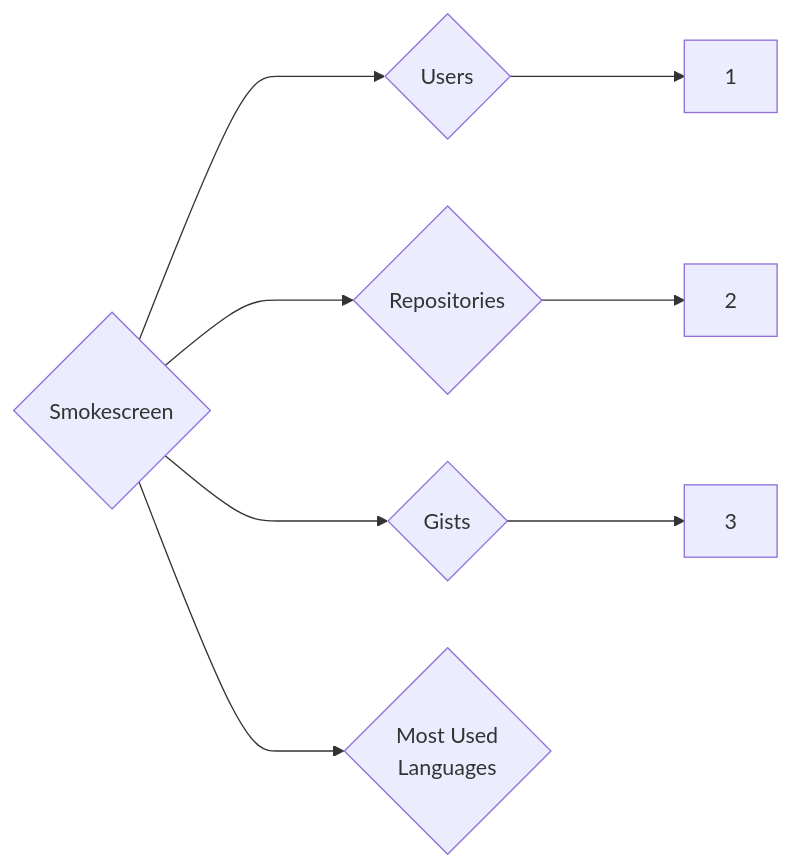
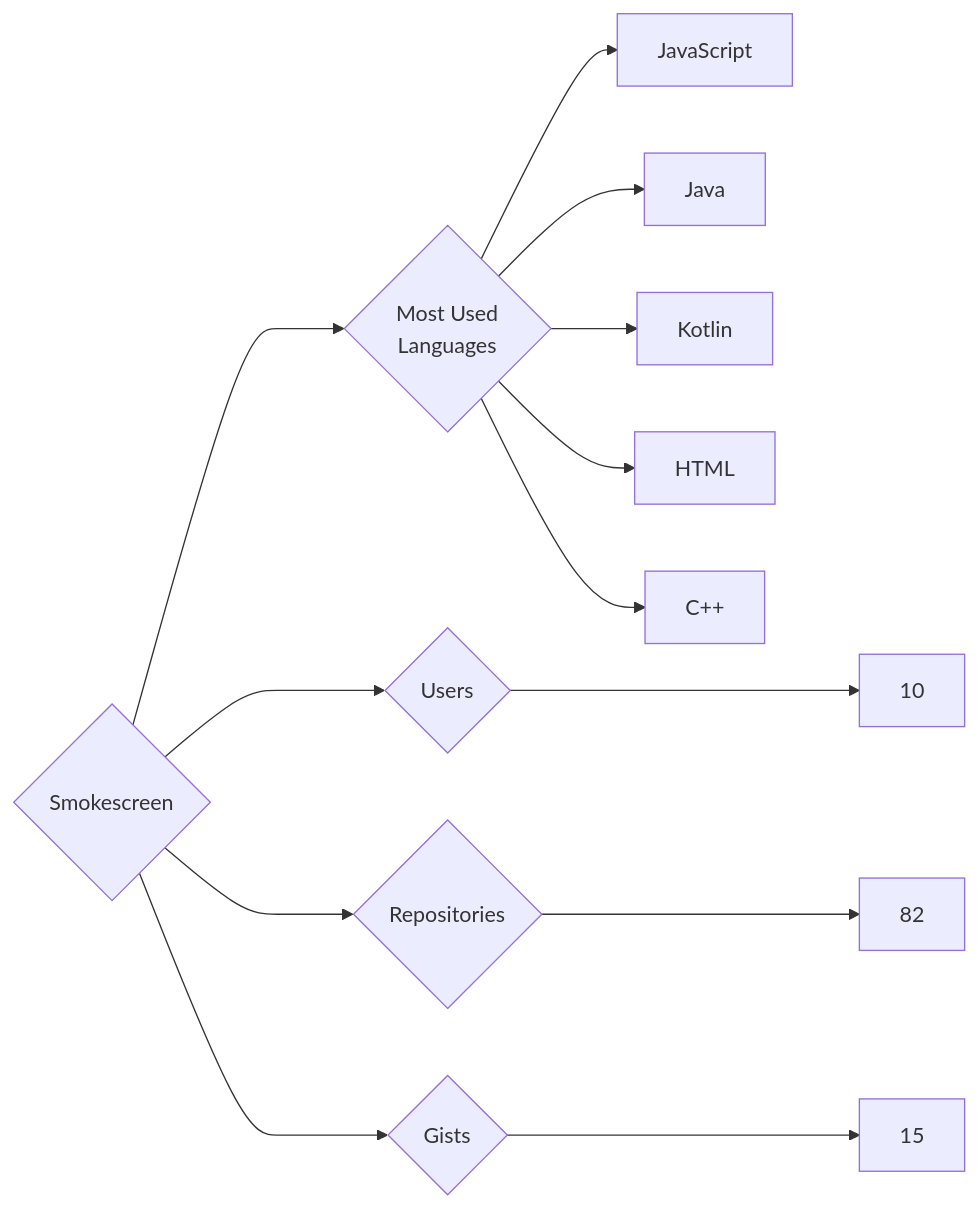
Before and after one commit to trickest/insiders: the diagram in targets/Smokescreen/README.md, drawn with Mermaid. The commit also changed 1696 other files, not shown here.

````diff
--- a/targets/Smokescreen/README.md
+++ b/targets/Smokescreen/README.md
@@ -3,8 +3,13 @@
 ```mermaid
 graph LR
 COMPANY_NAME{Smokescreen}
-COMPANY_NAME ---> U{Users} ---> UN[1]
-COMPANY_NAME ---> R{Repositories} ---> RN[2]
-COMPANY_NAME ---> G{Gists} ---> GN[3]
+COMPANY_NAME ---> U{Users} ---> UN[10]
+COMPANY_NAME ---> R{Repositories} ---> RN[82]
+COMPANY_NAME ---> G{Gists} ---> GN[15]
 COMPANY_NAME ---> ML{Most Used<br>Languages}
+ML --> JavaScript[JavaScript]
+ML --> Java[Java]
+ML --> Kotlin[Kotlin]
+ML --> HTML[HTML]
+ML --> C++[C++]
 ```
````
